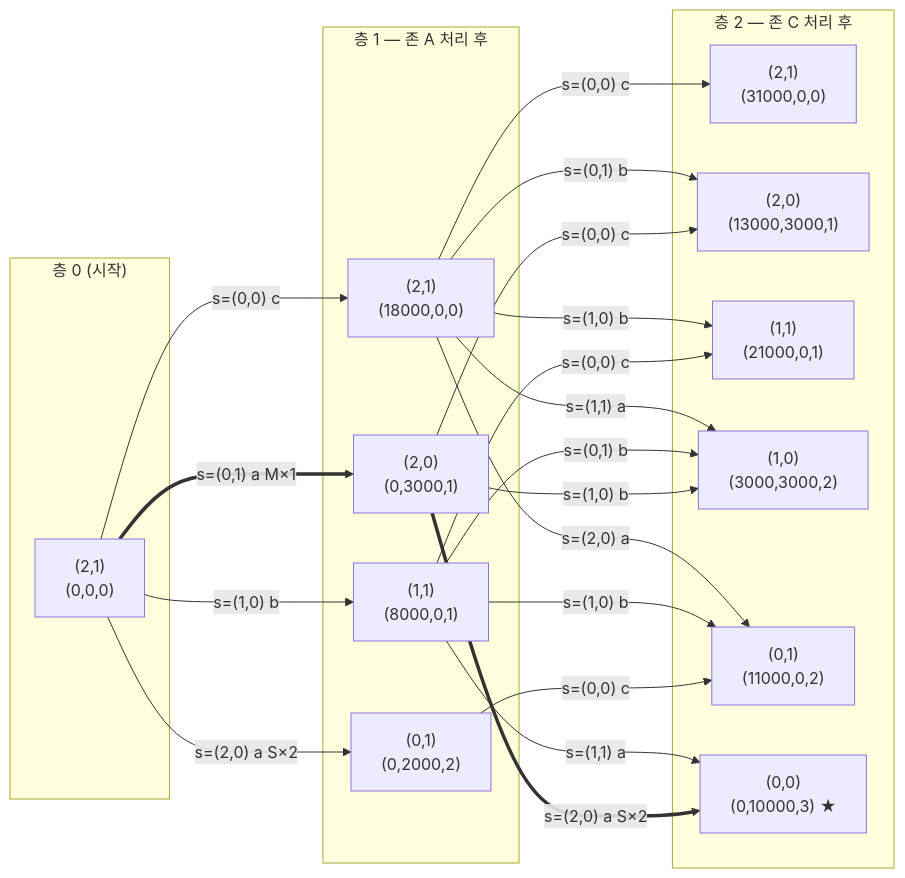
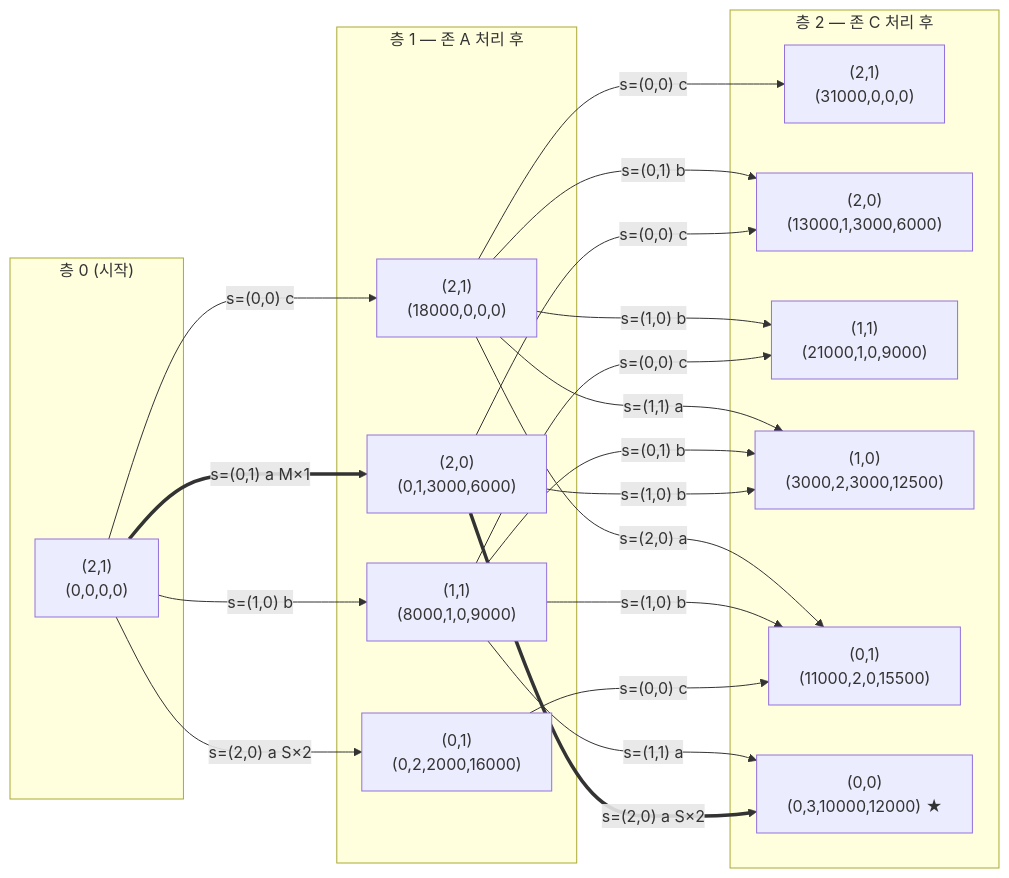
Before and after one commit to drimdrim2002/ro-next: the third of 3 diagrams in docs/notes/zone-quota-allocation-dp.md, drawn with Mermaid. The commit also changed other lines of this file and 16 other files, not shown here.

````diff
--- a/docs/notes/zone-quota-allocation-dp.md
+++ b/docs/notes/zone-quota-allocation-dp.md
@@ -270,37 +283,37 @@
 ```mermaid
 flowchart LR
     subgraph L0["층 0 (시작)"]
-        A21["(2,1)<br/>(0,0,0)"]
+        A21["(2,1)<br/>(0,0,0,0)"]
     end
     subgraph L1["층 1 — 존 A 처리 후"]
-        B21["(2,1)<br/>(18000,0,0)"]
-        B20["(2,0)<br/>(0,3000,1)"]
-        B11["(1,1)<br/>(8000,0,1)"]
-        B01["(0,1)<br/>(0,2000,2)"]
+        B21["(2,1)<br/>(18000,0,0,0)"]
+        B20["(2,0)<br/>(0,1,3000,6000)"]
+        B11["(1,1)<br/>(8000,1,0,9000)"]
+        B01["(0,1)<br/>(0,2,2000,16000)"]
     end
     subgraph L2["층 2 — 존 C 처리 후"]
-        C21["(2,1)<br/>(31000,0,0)"]
-        C20["(2,0)<br/>(13000,3000,1)"]
-        C11["(1,1)<br/>(21000,0,1)"]
-        C10["(1,0)<br/>(3000,3000,2)"]
-        C01["(0,1)<br/>(11000,0,2)"]
-        C00["(0,0)<br/>(0,10000,3) ★"]
+        C21["(2,1)<br/>(31000,0,0,0)"]
+        C20["(2,0)<br/>(13000,1,3000,6000)"]
+        C11["(1,1)<br/>(21000,1,0,9000)"]
+        C10["(1,0)<br/>(3000,2,3000,12500)"]
+        C01["(0,1)<br/>(11000,2,0,15500)"]
+        C00["(0,0)<br/>(0,3,10000,12000) ★"]
     end
     A21 -- "s=(0,0) c" --> B21
     A21 == "s=(0,1) a  M×1" ==> B20
     A21 -- "s=(1,0) b" --> B11
     A21 -- "s=(2,0) a  S×2" --> B01
     B20 == "s=(2,0) a  S×2" ==> C00
     B20 -- "s=(1,0) b" --> C10
     B20 -- "s=(0,0) c" --> C20
     B01 -- "s=(0,0) c" --> C01
     B11 -- "s=(1,0) b" --> C01
     B11 -- "s=(0,1) b" --> C10
     B11 -- "s=(1,1) a" --> C00
     B11 -- "s=(0,0) c" --> C11
     B21 -- "s=(2,0) a" --> C01
     B21 -- "s=(1,1) a" --> C10
     B21 -- "s=(0,1) b" --> C20
     B21 -- "s=(1,0) b" --> C11
     B21 -- "s=(0,0) c" --> C21
 ```
````
